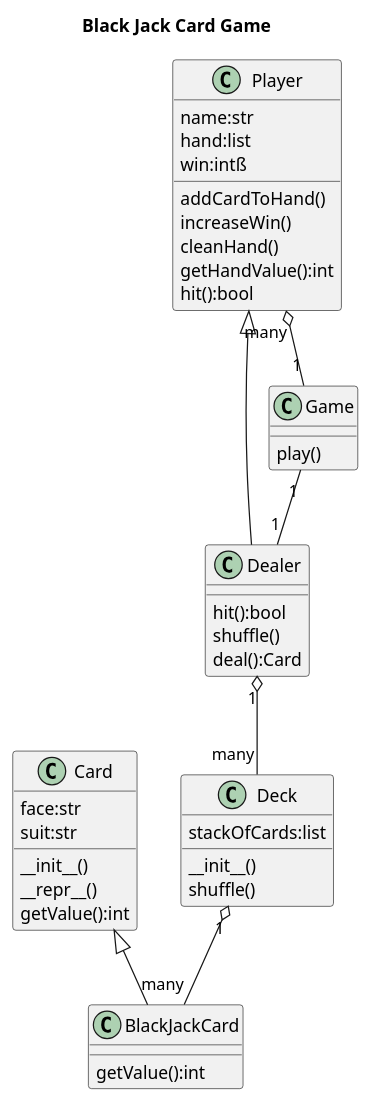
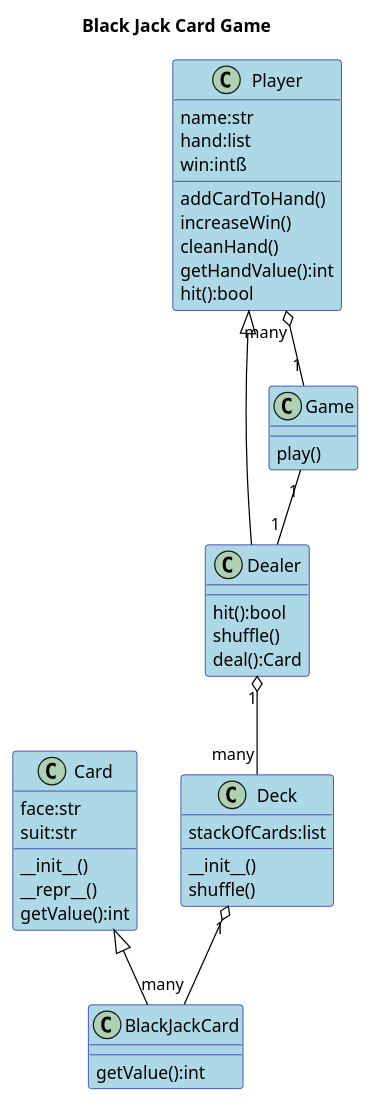
One commit to jwang1122/playground changed the diagram in data/card.wsd. Above: the diagram before and after it, drawn with PlantUML.

Commit message:
Change class diagram color

```diff
--- a/data/card.wsd
+++ b/data/card.wsd
@@ -1,43 +1,49 @@
 @startuml 
+
+skinparam class {
+    BackgroundColor LightBlue
+    ArrowColor Black
+    BorderColor DarkBlue
+}
 title Black Jack Card Game
 class Card
 class BlackJackCard
 Card <|-- BlackJackCard
 
 Card : face:str
 Card : suit:str
 Card : __init__()
 Card : __repr__()
 Card : getValue():int
 
 BlackJackCard : getValue():int
 
 Deck "1" o-- "many" BlackJackCard
 Deck : stackOfCards:list
 Deck : __init__()
 Deck : shuffle()
 
 class Player
 class Dealer
 Player <|-- Dealer
 
 Player "many" o-- "1" Game
 Player : addCardToHand()
 Player : increaseWin()
 Player : cleanHand()
 Player : getHandValue():int
 Player : hit():bool
 Player : name:str
 Player : hand:list
 Player : win:intß
 
 Dealer : hit():bool
 Dealer : shuffle()
 Dealer : deal():Card
 
 Dealer "1" o-- "many" Deck
 
 Game "1" -- "1" Dealer
 Game : play()
 
 @enduml
```
